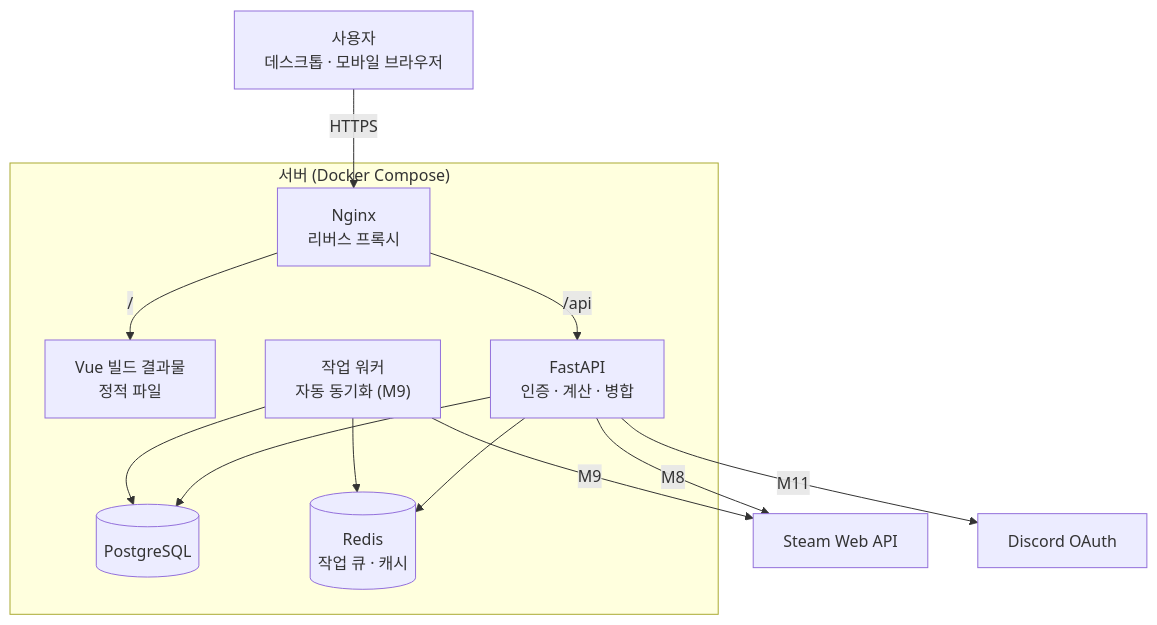
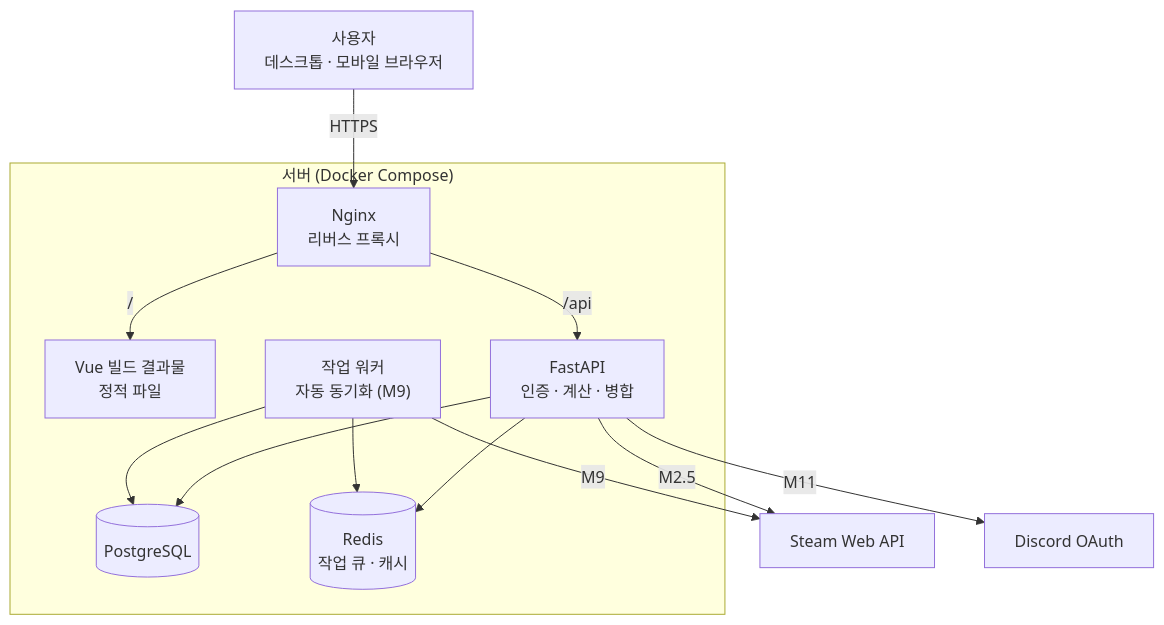
Before and after one commit to sagming40/PlayLedger: the first of 9 diagrams in docs/ARCHITECTURE.md, drawn with Mermaid. The commit also changed other lines of this file and 8 other files, not shown here.

````diff
--- a/docs/ARCHITECTURE.md
+++ b/docs/ARCHITECTURE.md
@@ -12,27 +12,27 @@
 ```mermaid
 flowchart TB
     User["사용자<br/>데스크톱 · 모바일 브라우저"]
 
     subgraph Host["서버 (Docker Compose)"]
         Nginx["Nginx<br/>리버스 프록시"]
         Web["Vue 빌드 결과물<br/>정적 파일"]
         API["FastAPI<br/>인증 · 계산 · 병합"]
         Worker["작업 워커<br/>자동 동기화 (M9)"]
         DB[("PostgreSQL")]
         Redis[("Redis<br/>작업 큐 · 캐시")]
     end
 
     Steam["Steam Web API"]
     Discord["Discord OAuth"]
 
     User -->|"HTTPS"| Nginx
     Nginx -->|"/"| Web
     Nginx -->|"/api"| API
     API --> DB
     API --> Redis
     Worker --> Redis
     Worker --> DB
-    API -->|"M8"| Steam
+    API -->|"M2.5"| Steam
     Worker -->|"M9"| Steam
     API -->|"M11"| Discord
 ```
````
